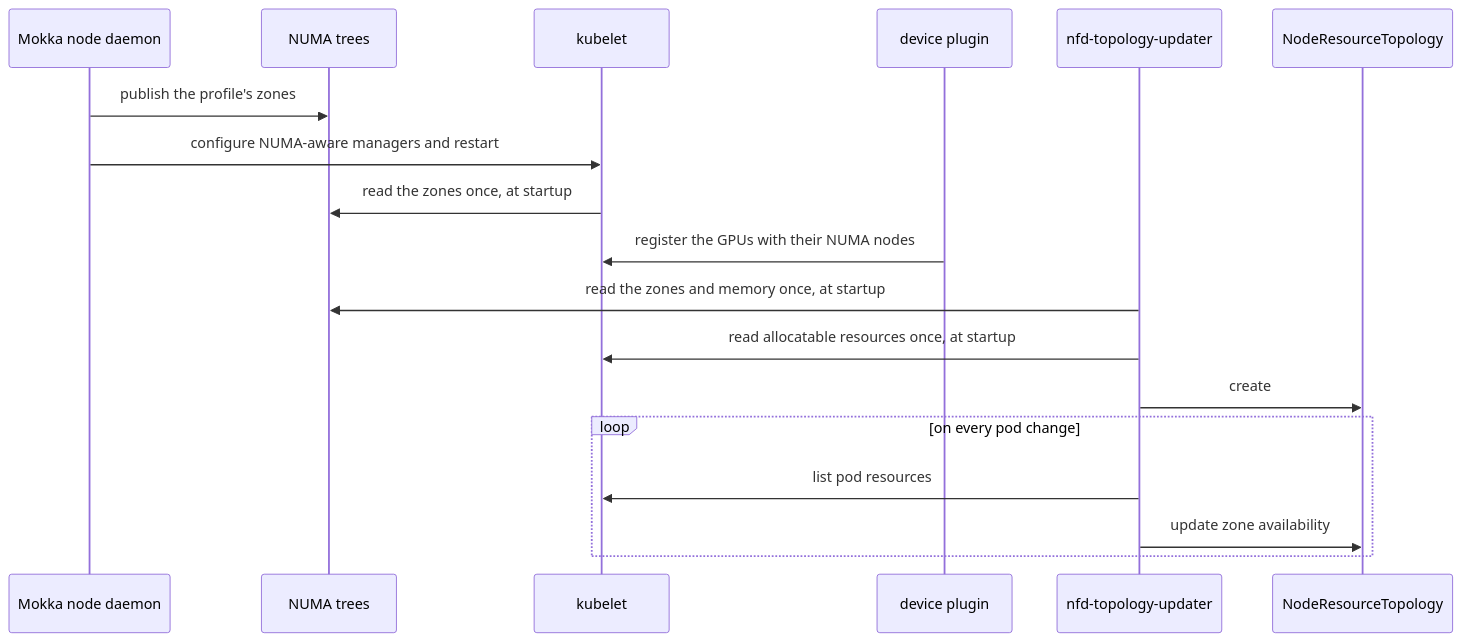
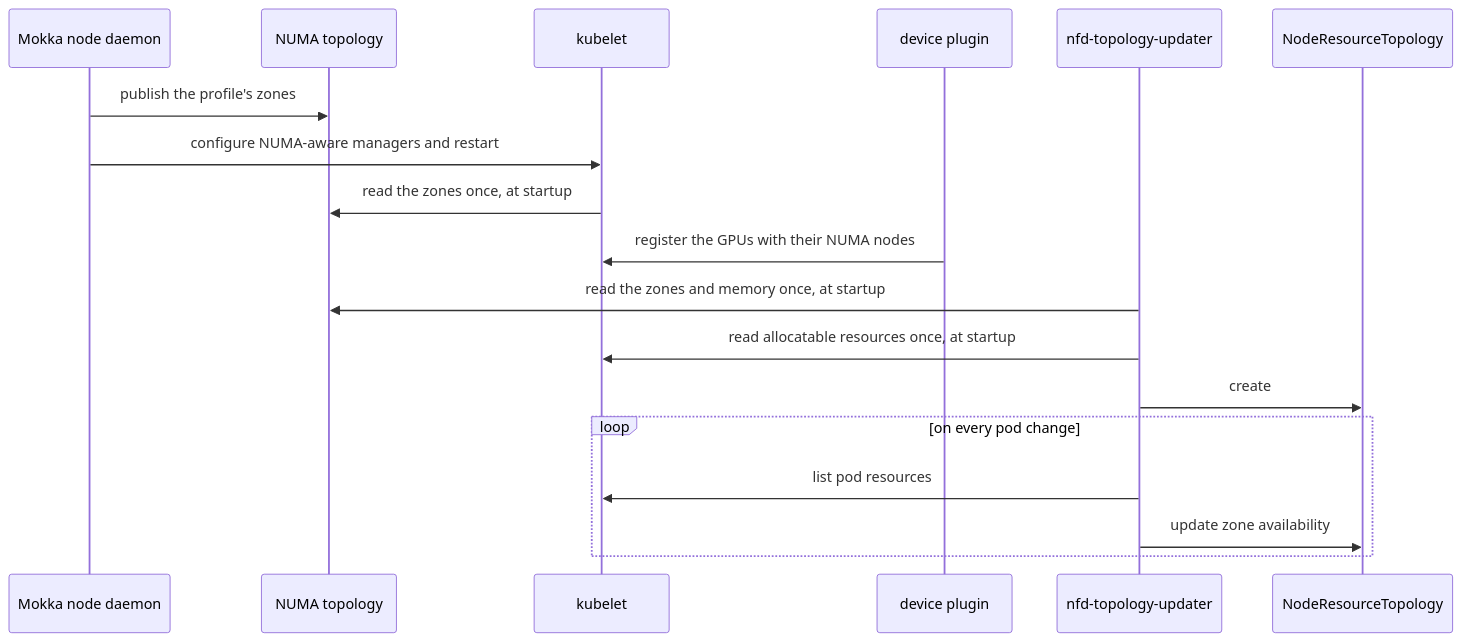
Before and after one commit to NVIDIA/k8s-test-infra: the fifth of 5 diagrams in enhancements/meps/0008-fgo-integration/README.md, drawn with Mermaid. The commit also changed other lines of this file, not shown here.

Commit message:
#1008: Update information about NUMA setup

````diff
--- a/enhancements/meps/0008-fgo-integration/README.md
+++ b/enhancements/meps/0008-fgo-integration/README.md
@@ -1054,21 +1049,21 @@
 ```mermaid
 sequenceDiagram
     participant D as Mokka node daemon
-    participant S as NUMA trees
+    participant S as NUMA topology
     participant K as kubelet
     participant P as device plugin
     participant N as nfd-topology-updater
     participant R as NodeResourceTopology
 
     D->>S: publish the profile's zones
     D->>K: configure NUMA-aware managers and restart
     K->>S: read the zones once, at startup
     P->>K: register the GPUs with their NUMA nodes
     N->>S: read the zones and memory once, at startup
     N->>K: read allocatable resources once, at startup
     N->>R: create
     loop on every pod change
         N->>K: list pod resources
         N->>R: update zone availability
     end
 ```
````
